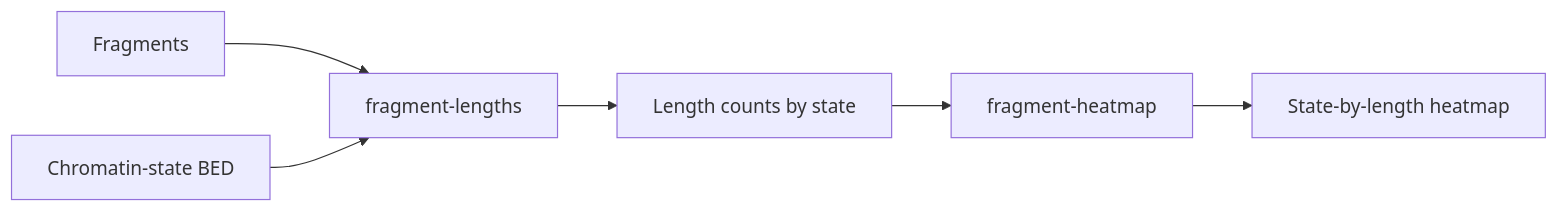
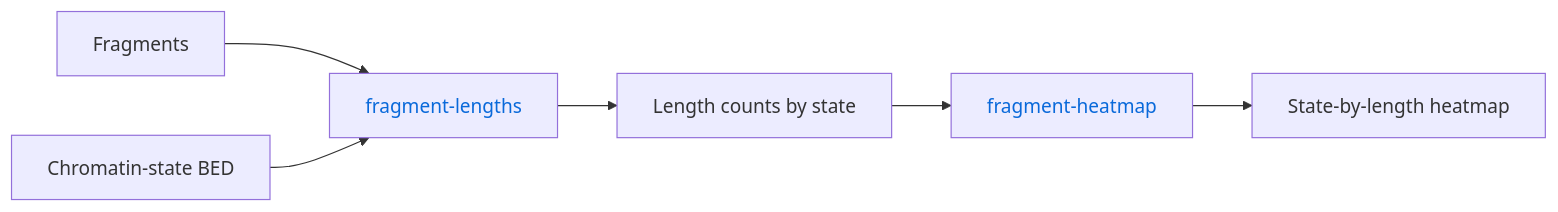
Diagram 13 of 16 in docs/WORKFLOWS.md (adjohnston85/NucleoSuite), drawn with Mermaid before and after one commit. The commit also changed other lines of this file and 9 other files, not shown here.

````diff
--- a/docs/WORKFLOWS.md
+++ b/docs/WORKFLOWS.md
@@ -296,8 +347,13 @@
 ```mermaid
 flowchart LR
     A[Fragments] --> C[fragment-lengths]
     B[Chromatin-state BED] --> C
     C --> D[Length counts by state]
     D --> E[fragment-heatmap]
     E --> F[State-by-length heatmap]
+
+    classDef commandLink color:#0969da,text-decoration:none;
+    class C,E commandLink;
+    click C href "https://github.com/adjohnston85/NucleoSuite/blob/main/docs/commands/fragment-lengths.md" "Open fragment-lengths documentation"
+    click E href "https://github.com/adjohnston85/NucleoSuite/blob/main/docs/commands/fragment-heatmap.md" "Open fragment-heatmap documentation"
 ```
````
